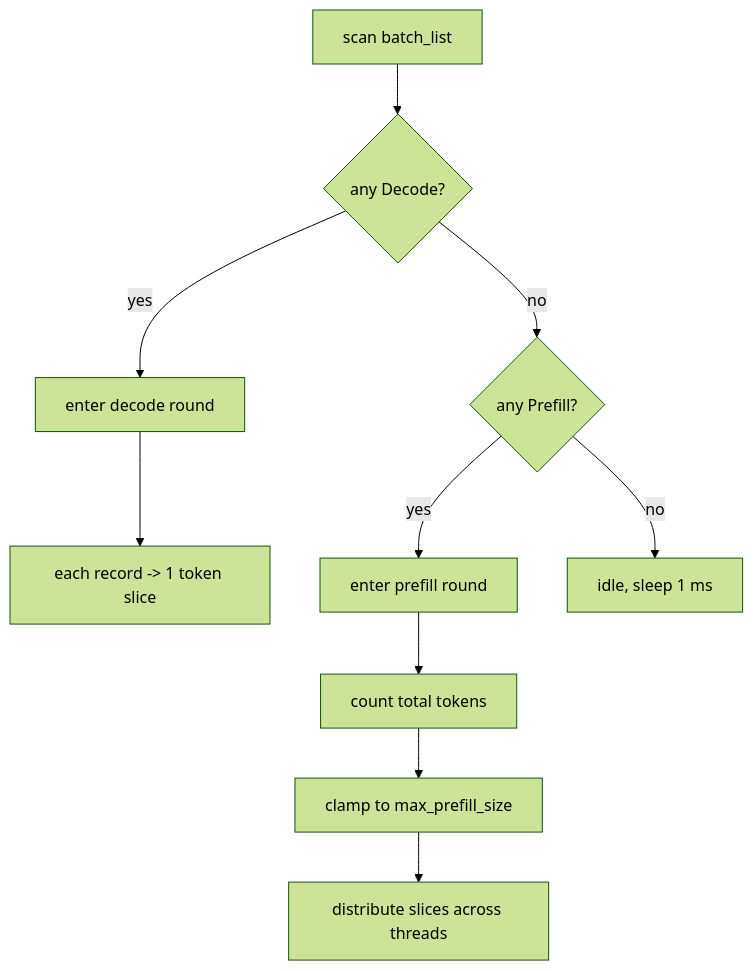
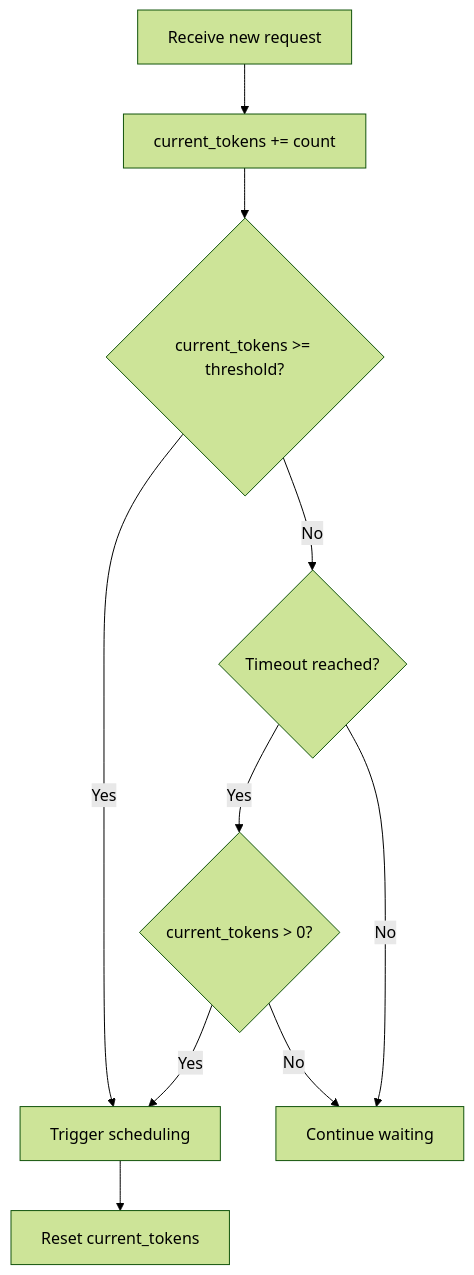
One commit to lucienhuangfu/eLLM changed the fifth of 9 diagrams in docs/en/runtime/schedule.md. Above: the diagram before and after it, drawn with Mermaid (forest theme). The commit also changed other lines of this file and 19 other files, not shown here.

Commit message:
refactor(runtime): Refactor the scheduling system by introducing TokenCounter and event-driven scheduling

````diff
--- a/docs/en/runtime/schedule.md
+++ b/docs/en/runtime/schedule.md
@@ -230,12 +261,12 @@
 ```mermaid
 flowchart TD
-    A[scan batch_list] --> B{any Decode?}
-    B -->|yes| C[enter decode round]
-    C --> D[each record -> 1 token slice]
-    B -->|no| E{any Prefill?}
-    E -->|yes| F[enter prefill round]
-    F --> G[count total tokens]
-    G --> H[clamp to max_prefill_size]
-    H --> I[distribute slices across threads]
-    E -->|no| J[idle, sleep 1 ms]
+    A[Receive new request] --> B[current_tokens += count]
+    B --> C{current_tokens >= threshold?}
+    C -->|Yes| D[Trigger scheduling]
+    C -->|No| E{Timeout reached?}
+    E -->|Yes| F{current_tokens > 0?}
+    F -->|Yes| D
+    F -->|No| G[Continue waiting]
+    E -->|No| G
+    D --> H[Reset current_tokens]
 ```
````
